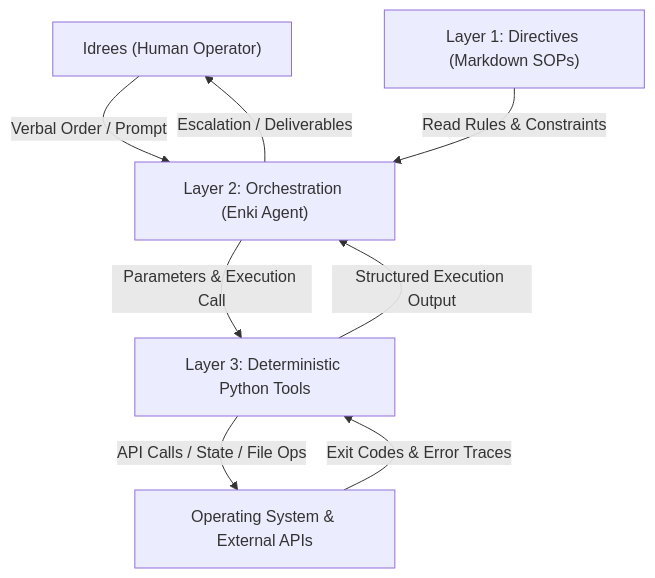
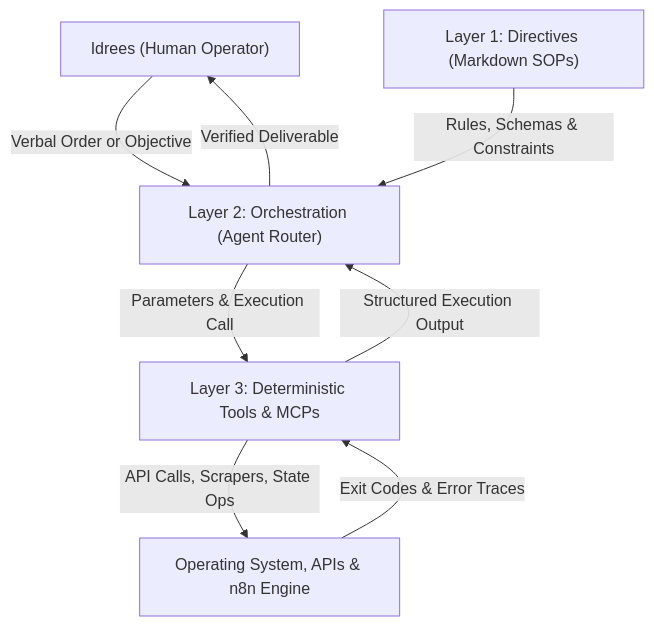
The diagram in README.md (IdreesQurashi/agentic-workflows), drawn with Mermaid before and after one commit. The commit also changed other lines of this file and 322 other files, not shown here.

````diff
--- a/README.md
+++ b/README.md
@@ -18,10 +18,10 @@
 ```mermaid
 graph TD
-    User["Idrees (Human Operator)"] -->|Verbal Order / Prompt| L2["Layer 2: Orchestration (Enki Agent)"]
-    L1["Layer 1: Directives (Markdown SOPs)"] -->|Read Rules & Constraints| L2
-    L2 -->|Parameters & Execution Call| L3["Layer 3: Deterministic Python Tools"]
-    L3 -->|API Calls / State / File Ops| Env["Operating System & External APIs"]
+    User["Idrees (Human Operator)"] -->|Verbal Order or Objective| L2["Layer 2: Orchestration (Agent Router)"]
+    L1["Layer 1: Directives (Markdown SOPs)"] -->|Rules, Schemas & Constraints| L2
+    L2 -->|Parameters & Execution Call| L3["Layer 3: Deterministic Tools & MCPs"]
+    L3 -->|API Calls, Scrapers, State Ops| Env["Operating System, APIs & n8n Engine"]
     Env -->|Exit Codes & Error Traces| L3
     L3 -->|Structured Execution Output| L2
-    L2 -->|Escalation / Deliverables| User
+    L2 -->|Verified Deliverable| User
 ```
````
